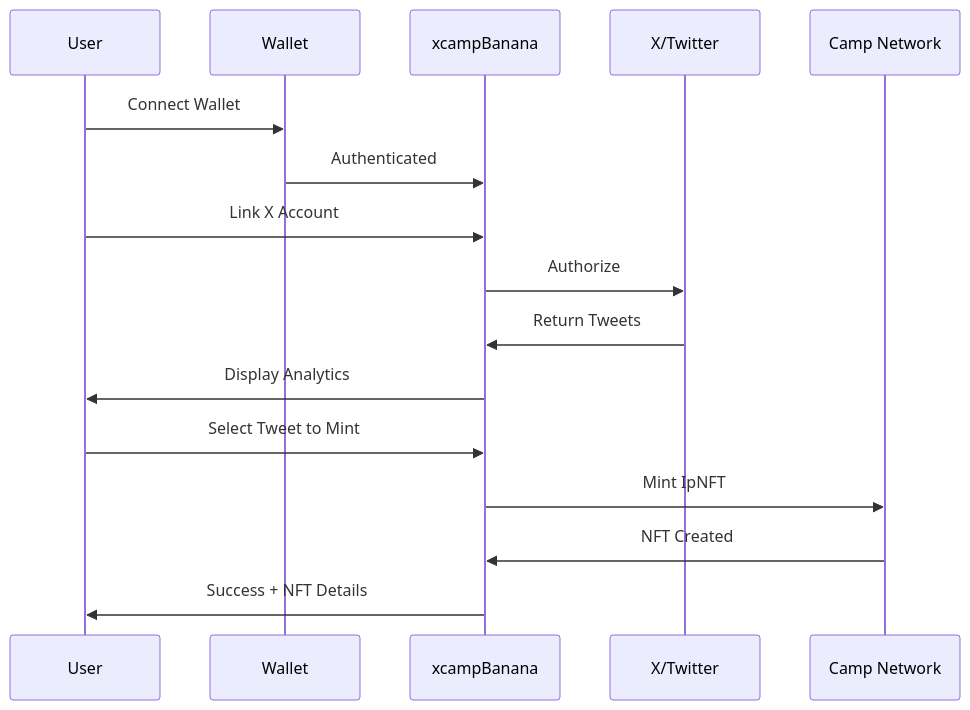
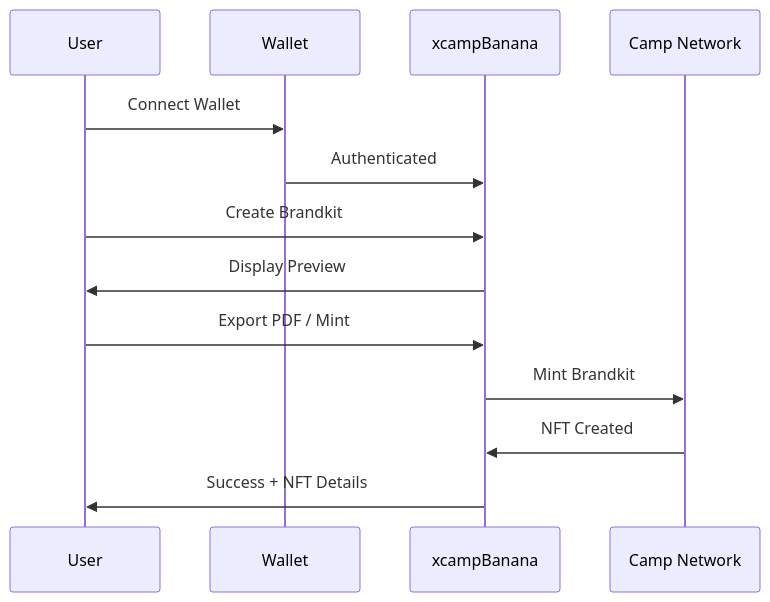
Before and after one commit to fozagtx/xcampBanana: the second of 2 diagrams in README.md, drawn with Mermaid. The commit also changed other lines of this file and 6 other files, not shown here.

First line of the commit message:
chore(twitter): remove fetch tweets functionality and related components

````diff
--- a/README.md
+++ b/README.md
@@ -84,19 +76,16 @@
 ```mermaid
 sequenceDiagram
     participant U as User
     participant W as Wallet
     participant A as xcampBanana
-    participant X as X/Twitter
     participant C as Camp Network
 
     U->>W: Connect Wallet
     W->>A: Authenticated
-    U->>A: Link X Account
-    A->>X: Authorize
-    X->>A: Return Tweets
-    A->>U: Display Analytics
-    U->>A: Select Tweet to Mint
-    A->>C: Mint IpNFT
+    U->>A: Create Brandkit
+    A->>U: Display Preview
+    U->>A: Export PDF / Mint
+    A->>C: Mint Brandkit
     C->>A: NFT Created
     A->>U: Success + NFT Details
 ```
````
